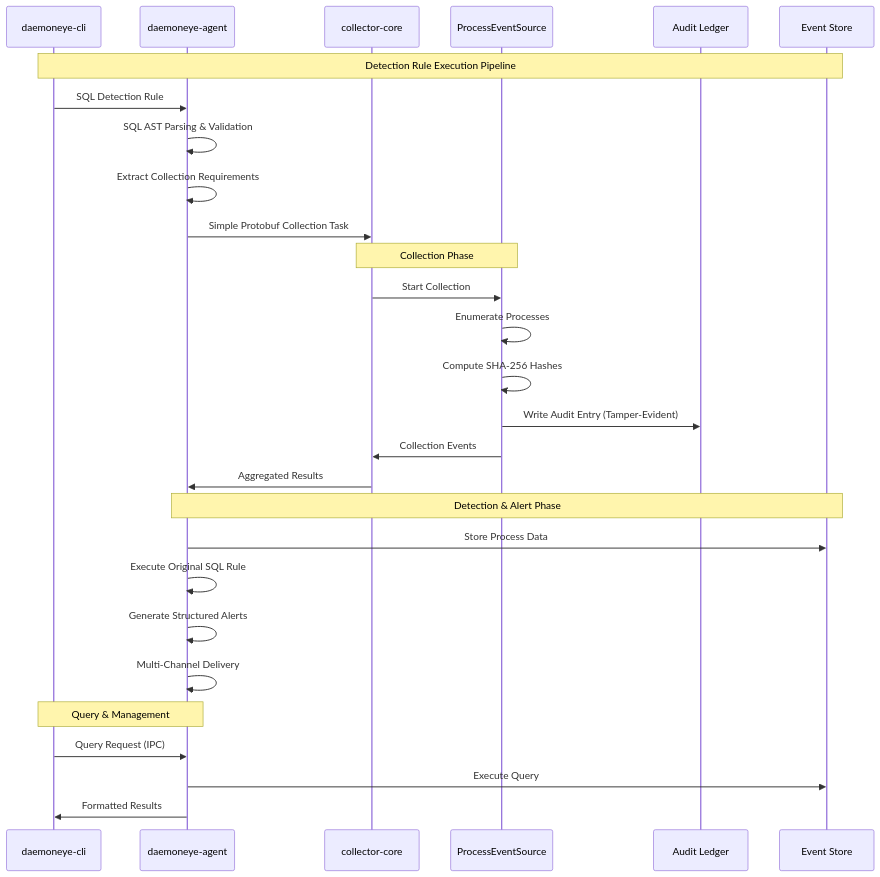
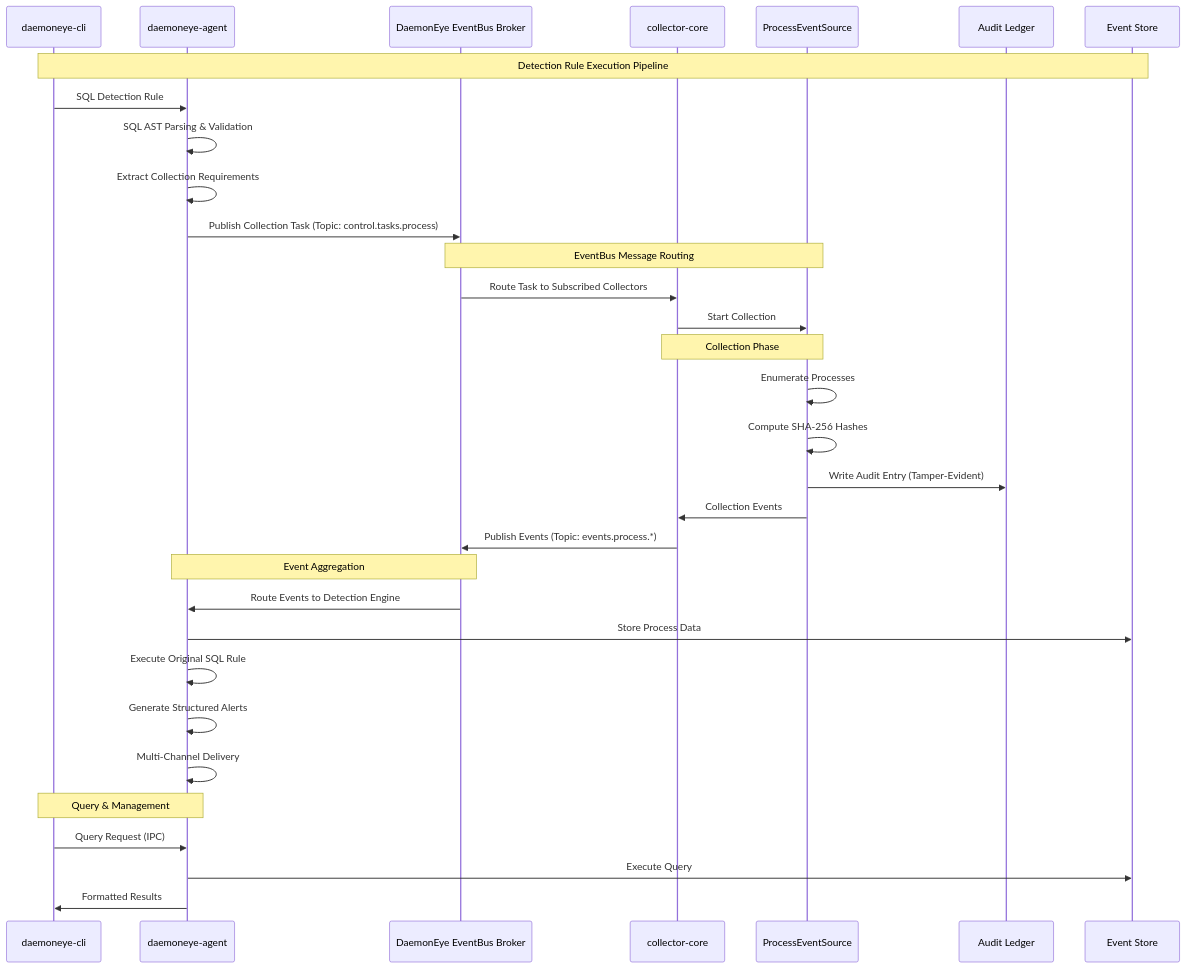
One commit to EvilBit-Labs/DaemonEye changed the third of 6 diagrams in .kiro/specs/daemoneye-core-monitoring/design.md. Above: the diagram before and after it, drawn with Mermaid. The commit also changed other lines of this file, not shown here.

First line of the commit message:
docs(architecture): Update daemoneye-core-monitoring design with EventBus integration

````diff
--- a/.kiro/specs/daemoneye-core-monitoring/design.md
+++ b/.kiro/specs/daemoneye-core-monitoring/design.md
@@ -91,35 +103,40 @@
 ```mermaid
 sequenceDiagram
     participant CLI as daemoneye-cli
     participant AGENT as daemoneye-agent
+    participant BROKER as DaemonEye EventBus Broker
     participant CORE as collector-core
     participant PROC as ProcessEventSource
     participant AUDIT as Audit Ledger
     participant STORE as Event Store
 
     Note over CLI,STORE: Detection Rule Execution Pipeline
 
     CLI->>AGENT: SQL Detection Rule
     AGENT->>AGENT: SQL AST Parsing & Validation
     AGENT->>AGENT: Extract Collection Requirements
-    AGENT->>CORE: Simple Protobuf Collection Task
+    AGENT->>BROKER: Publish Collection Task (Topic: control.tasks.process)
+
+    Note over BROKER,PROC: EventBus Message Routing
+    BROKER->>CORE: Route Task to Subscribed Collectors
+    CORE->>PROC: Start Collection
 
     Note over CORE,PROC: Collection Phase
-    CORE->>PROC: Start Collection
     PROC->>PROC: Enumerate Processes
     PROC->>PROC: Compute SHA-256 Hashes
     PROC->>AUDIT: Write Audit Entry (Tamper-Evident)
     PROC->>CORE: Collection Events
-    CORE->>AGENT: Aggregated Results
+    CORE->>BROKER: Publish Events (Topic: events.process.*)
 
-    Note over AGENT,STORE: Detection & Alert Phase
+    Note over BROKER,AGENT: Event Aggregation
+    BROKER->>AGENT: Route Events to Detection Engine
     AGENT->>STORE: Store Process Data
     AGENT->>AGENT: Execute Original SQL Rule
     AGENT->>AGENT: Generate Structured Alerts
     AGENT->>AGENT: Multi-Channel Delivery
 
     Note over CLI,AGENT: Query & Management
     CLI->>AGENT: Query Request (IPC)
     AGENT->>STORE: Execute Query
     AGENT->>CLI: Formatted Results
 ```
````
